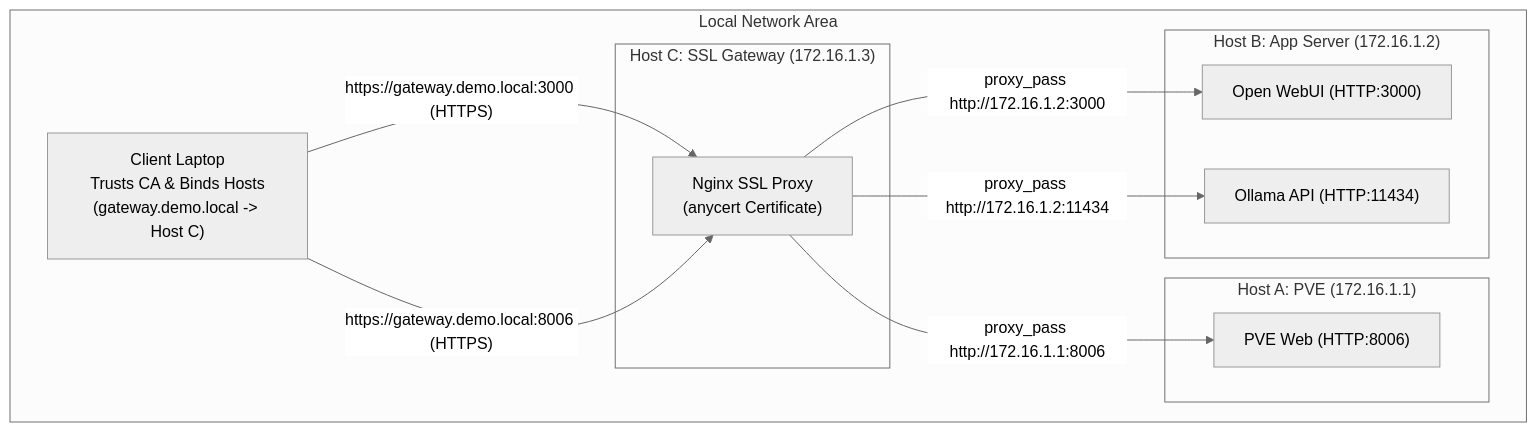
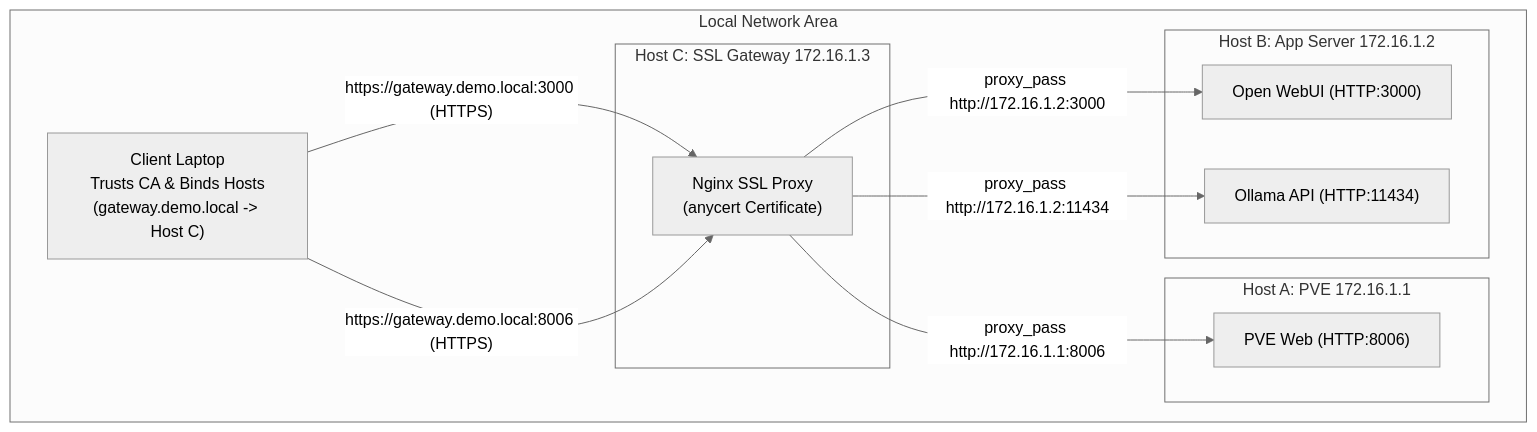
The second of 5 diagrams in README.md (anomixer/anycert), drawn with Mermaid (neutral theme) before and after one commit. The commit also changed other lines of this file and 7 other files, not shown here.

````diff
--- a/README.md
+++ b/README.md
@@ -197,26 +197,26 @@
 ```mermaid
 flowchart TD
-    subgraph LAN [Local Network Area]
+    subgraph LAN ["Local Network Area"]
         Client["Client Laptop\nTrusts CA & Binds Hosts\n(gateway.demo.local -> Host C)"]
         
-        subgraph HostC["Host C: SSL Gateway (172.16.1.3)"]
+        subgraph HostC ["Host C: SSL Gateway 172.16.1.3"]
             Nginx["Nginx SSL Proxy\n(anycert Certificate)"]
         end
         
-        subgraph HostA["Host A: PVE (172.16.1.1)"]
+        subgraph HostA ["Host A: PVE 172.16.1.1"]
             PVE["PVE Web (HTTP:8006)"]
         end
         
-        subgraph HostB["Host B: App Server (172.16.1.2)"]
+        subgraph HostB ["Host B: App Server 172.16.1.2"]
             OpenWebUI["Open WebUI (HTTP:3000)"]
             Ollama["Ollama API (HTTP:11434)"]
         end
         
         Client -- "https://gateway.demo.local:3000 (HTTPS)" --> Nginx
         Client -- "https://gateway.demo.local:8006 (HTTPS)" --> Nginx
         
         Nginx -- "proxy_pass http://172.16.1.1:8006" --> PVE
         Nginx -- "proxy_pass http://172.16.1.2:3000" --> OpenWebUI
         Nginx -- "proxy_pass http://172.16.1.2:11434" --> Ollama
     end
 ```
````
